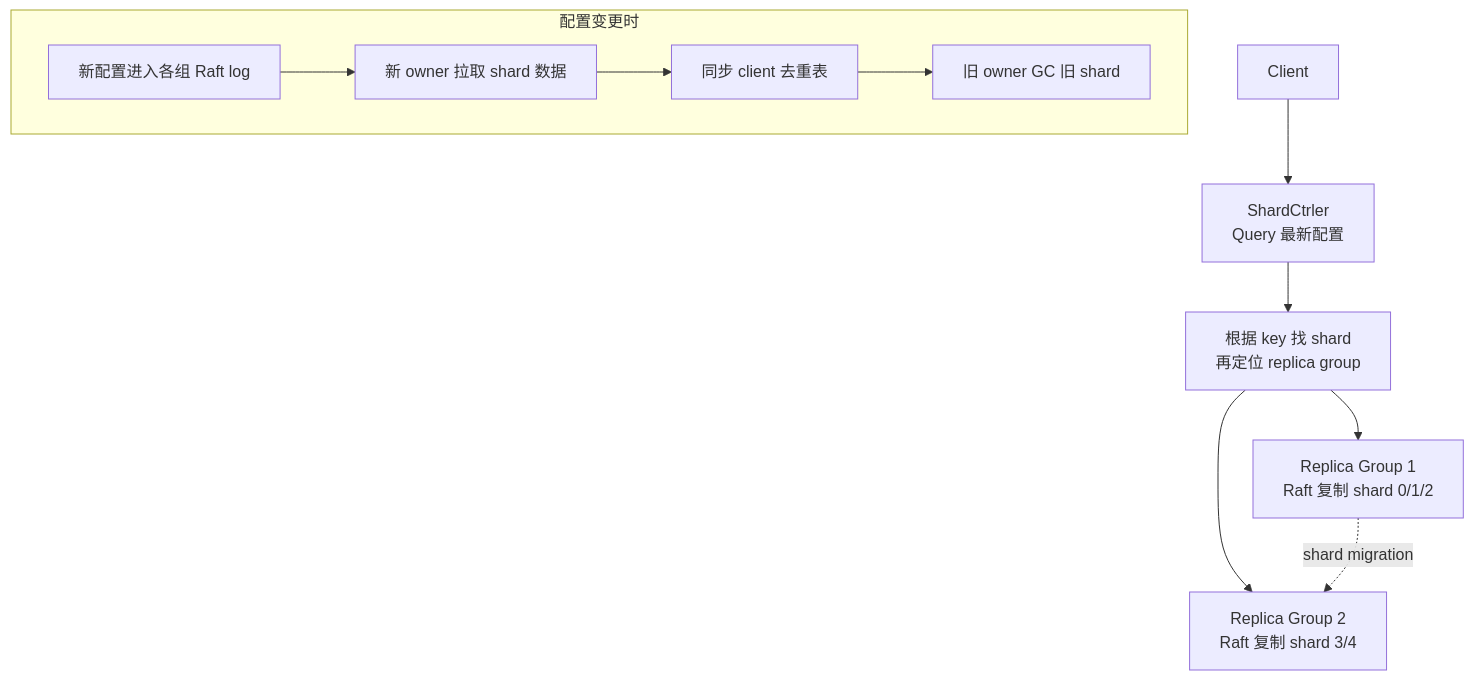
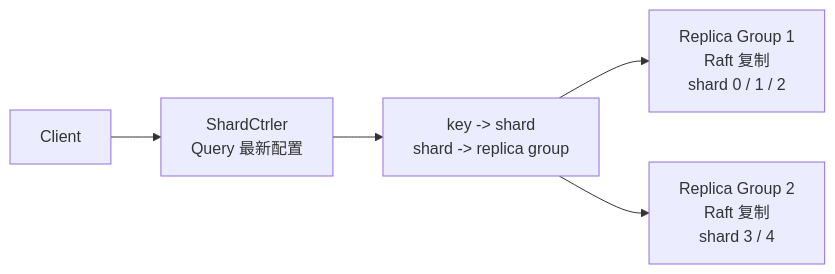
One commit to forwaryan/forwaryan.github.io changed the second of 7 diagrams in source/_posts/07-MIT6.5840和TinyKV-从分布式系统到分布式数据库存储层.md. Above: the diagram before and after it, drawn with Mermaid. The commit also changed other lines of this file, not shown here.

Commit message:
Simplify ShardKV Mermaid diagrams

```diff
--- a/source/_posts/07-MIT6.5840和TinyKV-从分布式系统到分布式数据库存储层.md
+++ b/source/_posts/07-MIT6.5840和TinyKV-从分布式系统到分布式数据库存储层.md
@@ -97,15 +97,7 @@
 {% mermaid %}
-flowchart TB
+flowchart LR
     C["Client"] --> SC["ShardCtrler<br/>Query 最新配置"]
-    SC --> ROUTE["根据 key 找 shard<br/>再定位 replica group"]
-    ROUTE --> G1["Replica Group 1<br/>Raft 复制 shard 0/1/2"]
-    ROUTE --> G2["Replica Group 2<br/>Raft 复制 shard 3/4"]
-
-    subgraph MIG["配置变更时"]
-        CFG["新配置进入各组 Raft log"] --> PULL["新 owner 拉取 shard 数据"]
-        PULL --> DEDUP["同步 client 去重表"]
-        DEDUP --> GC["旧 owner GC 旧 shard"]
-    end
-
-    G1 -. "shard migration" .-> G2
+    SC --> ROUTE["key -> shard<br/>shard -> replica group"]
+    ROUTE --> G1["Replica Group 1<br/>Raft 复制<br/>shard 0 / 1 / 2"]
+    ROUTE --> G2["Replica Group 2<br/>Raft 复制<br/>shard 3 / 4"]
 {% endmermaid %}
```
